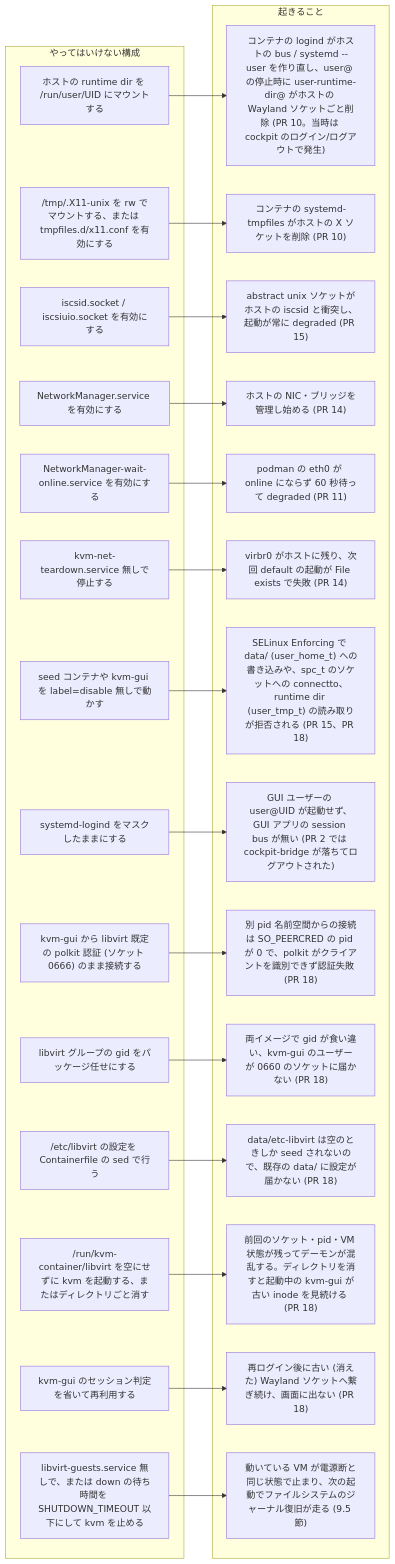
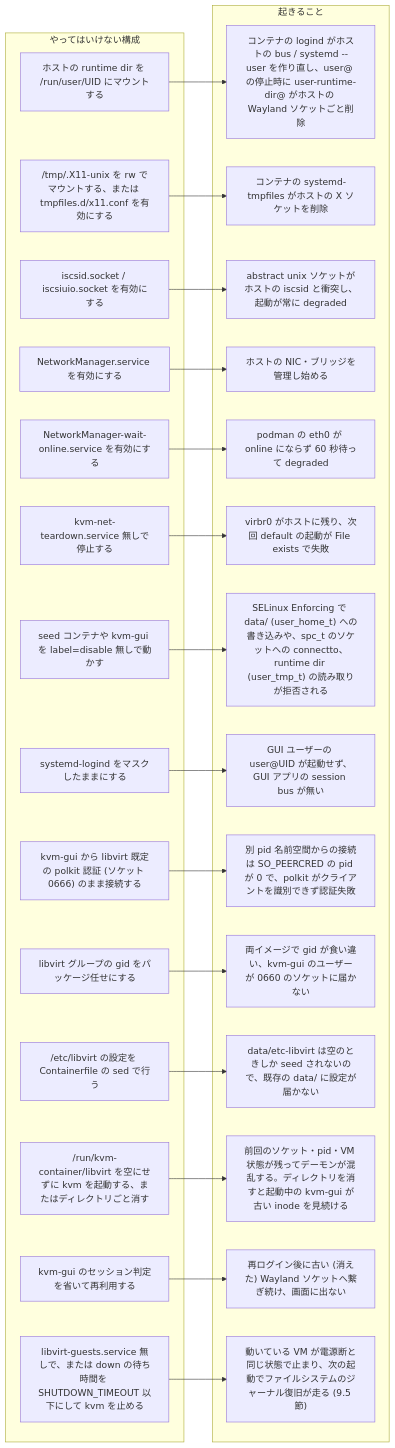
Diagram 20 of 21 in docs/SPEC.md (ryo-aoki-pc/kvm-container), drawn with Mermaid before and after one commit. The commit also changed other lines of this file and 6 other files, not shown here.

````diff
--- a/docs/SPEC.md
+++ b/docs/SPEC.md
@@ -864,49 +863,49 @@
 ```mermaid
 flowchart LR
   subgraph bad ["やってはいけない構成"]
     b1["ホストの runtime dir を /run/user/UID にマウントする"]
     b2["/tmp/.X11-unix を rw でマウントする、または tmpfiles.d/x11.conf を有効にする"]
     b3["iscsid.socket / iscsiuio.socket を有効にする"]
     b4["NetworkManager.service を有効にする"]
     b5["NetworkManager-wait-online.service を有効にする"]
     b7["kvm-net-teardown.service 無しで停止する"]
     b8["seed コンテナや kvm-gui を label=disable 無しで動かす"]
     b9["systemd-logind をマスクしたままにする"]
     b10["kvm-gui から libvirt 既定の polkit 認証 (ソケット 0666) のまま接続する"]
     b11["libvirt グループの gid をパッケージ任せにする"]
     b12["/etc/libvirt の設定を Containerfile の sed で行う"]
     b13["/run/kvm-container/libvirt を空にせずに kvm を起動する、またはディレクトリごと消す"]
     b14["kvm-gui のセッション判定を省いて再利用する"]
     b15["libvirt-guests.service 無しで、または down の待ち時間を SHUTDOWN_TIMEOUT 以下にして kvm を止める"]
   end
   subgraph result ["起きること"]
-    r1["コンテナの logind がホストの bus / systemd --user を作り直し、user@ の停止時に user-runtime-dir@ がホストの Wayland ソケットごと削除 (PR 10。当時は cockpit のログイン/ログアウトで発生)"]
-    r2["コンテナの systemd-tmpfiles がホストの X ソケットを削除 (PR 10)"]
-    r3["abstract unix ソケットがホストの iscsid と衝突し、起動が常に degraded (PR 15)"]
-    r4["ホストの NIC・ブリッジを管理し始める (PR 14)"]
-    r5["podman の eth0 が online にならず 60 秒待って degraded (PR 11)"]
-    r7["virbr0 がホストに残り、次回 default の起動が File exists で失敗 (PR 14)"]
-    r8["SELinux Enforcing で data/ (user_home_t) への書き込みや、spc_t のソケットへの connectto、runtime dir (user_tmp_t) の読み取りが拒否される (PR 15、PR 18)"]
-    r9["GUI ユーザーの user@UID が起動せず、GUI アプリの session bus が無い (PR 2 では cockpit-bridge が落ちてログアウトされた)"]
-    r10["別 pid 名前空間からの接続は SO_PEERCRED の pid が 0 で、polkit がクライアントを識別できず認証失敗 (PR 18)"]
-    r11["両イメージで gid が食い違い、kvm-gui のユーザーが 0660 のソケットに届かない (PR 18)"]
-    r12["data/etc-libvirt は空のときしか seed されないので、既存の data/ に設定が届かない (PR 18)"]
-    r13["前回のソケット・pid・VM 状態が残ってデーモンが混乱する。ディレクトリを消すと起動中の kvm-gui が古い inode を見続ける (PR 18)"]
-    r14["再ログイン後に古い (消えた) Wayland ソケットへ繋ぎ続け、画面に出ない (PR 18)"]
+    r1["コンテナの logind がホストの bus / systemd --user を作り直し、user@ の停止時に user-runtime-dir@ がホストの Wayland ソケットごと削除"]
+    r2["コンテナの systemd-tmpfiles がホストの X ソケットを削除"]
+    r3["abstract unix ソケットがホストの iscsid と衝突し、起動が常に degraded"]
+    r4["ホストの NIC・ブリッジを管理し始める"]
+    r5["podman の eth0 が online にならず 60 秒待って degraded"]
+    r7["virbr0 がホストに残り、次回 default の起動が File exists で失敗"]
+    r8["SELinux Enforcing で data/ (user_home_t) への書き込みや、spc_t のソケットへの connectto、runtime dir (user_tmp_t) の読み取りが拒否される"]
+    r9["GUI ユーザーの user@UID が起動せず、GUI アプリの session bus が無い"]
+    r10["別 pid 名前空間からの接続は SO_PEERCRED の pid が 0 で、polkit がクライアントを識別できず認証失敗"]
+    r11["両イメージで gid が食い違い、kvm-gui のユーザーが 0660 のソケットに届かない"]
+    r12["data/etc-libvirt は空のときしか seed されないので、既存の data/ に設定が届かない"]
+    r13["前回のソケット・pid・VM 状態が残ってデーモンが混乱する。ディレクトリを消すと起動中の kvm-gui が古い inode を見続ける"]
+    r14["再ログイン後に古い (消えた) Wayland ソケットへ繋ぎ続け、画面に出ない"]
     r15["動いている VM が電源断と同じ状態で止まり、次の起動でファイルシステムのジャーナル復旧が走る (9.5 節)"]
   end
   b1 --> r1
   b2 --> r2
   b3 --> r3
   b4 --> r4
   b5 --> r5
   b7 --> r7
   b8 --> r8
   b9 --> r9
   b10 --> r10
   b11 --> r11
   b12 --> r12
   b13 --> r13
   b14 --> r14
   b15 --> r15
 ```
````
